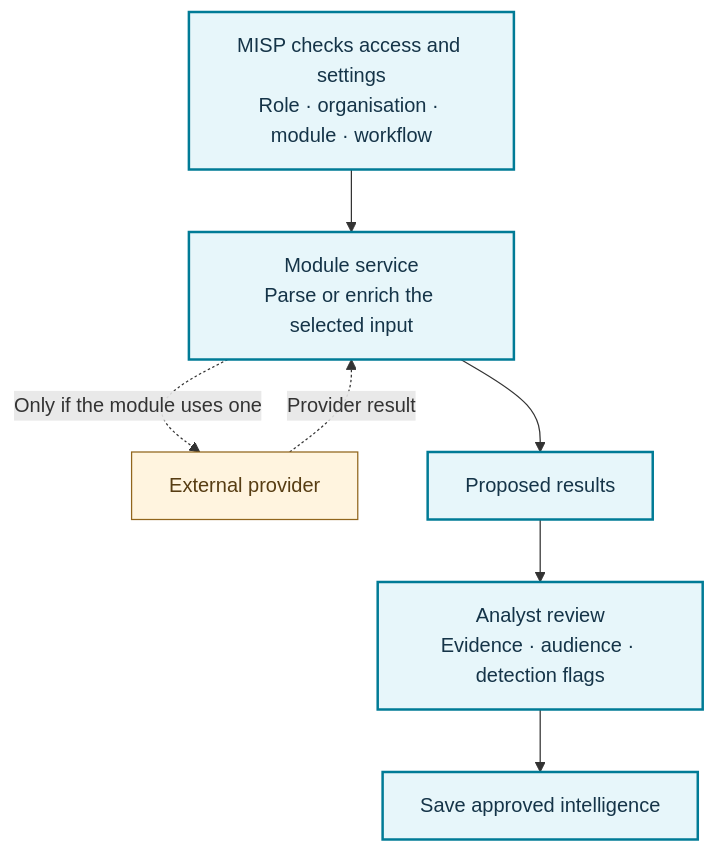
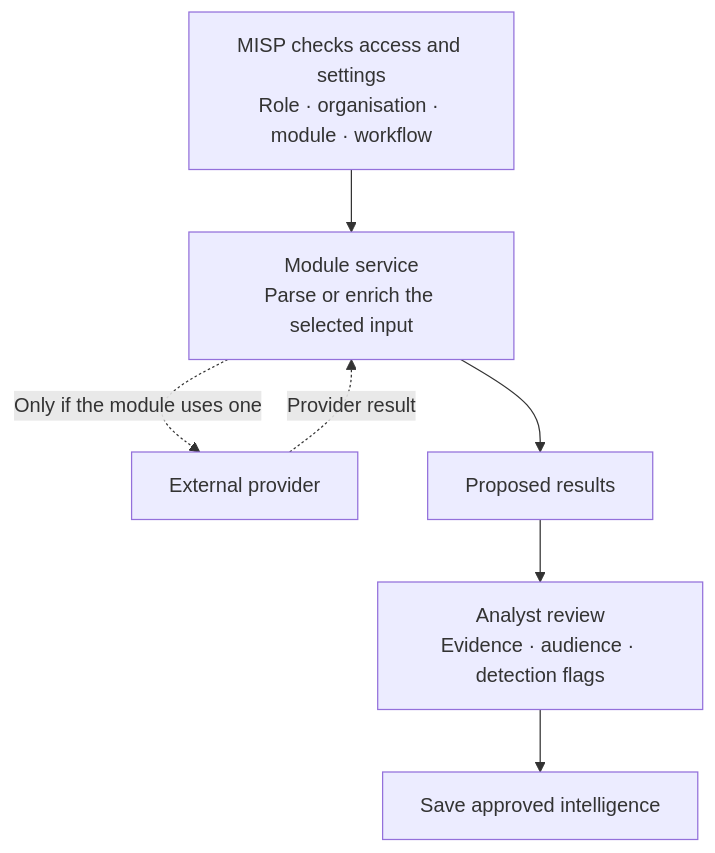
Before and after one commit to MISP/misp-book: the diagram in modules/figures/module-workflow.mmd, drawn with Mermaid. The commit also changed 43 other files, not shown here.

Commit message:
Apply a shared MISP theme and logo to all book diagrams

```diff
--- a/modules/figures/module-workflow.mmd
+++ b/modules/figures/module-workflow.mmd
@@ -1,13 +1,11 @@
 flowchart TB
   accTitle: Module configuration and analyst review surround a module request
   accDescr: MISP checks role, organisation restrictions, enabled service/module and applicable workflows before sending a module request. The module service may process locally or call an external provider. Proposed intelligence is reviewed by an analyst before approved data is saved. Provider access and AI use require deliberate configuration; this is not automatic validation of the result.
   M["MISP checks access and settings<br/>Role · organisation · module · workflow"] --> S["Module service<br/>Parse or enrich the selected input"]
   S -. "Only if the module uses one" .-> X["External provider"]
   X -. "Provider result" .-> S
   S --> P["Proposed results"]
   P --> R["Analyst review<br/>Evidence · audience · detection flags"]
   R --> A["Save approved intelligence"]
-  classDef stage fill:#e7f6fa,stroke:#007b96,color:#153448,stroke-width:2px;
-  classDef provider fill:#fff4df,stroke:#91651c,color:#573d13;
-  class M,S,P,R,A stage;
-  class X provider;
+  class M,S,P,R,A accent;
+  class X caution;
```
